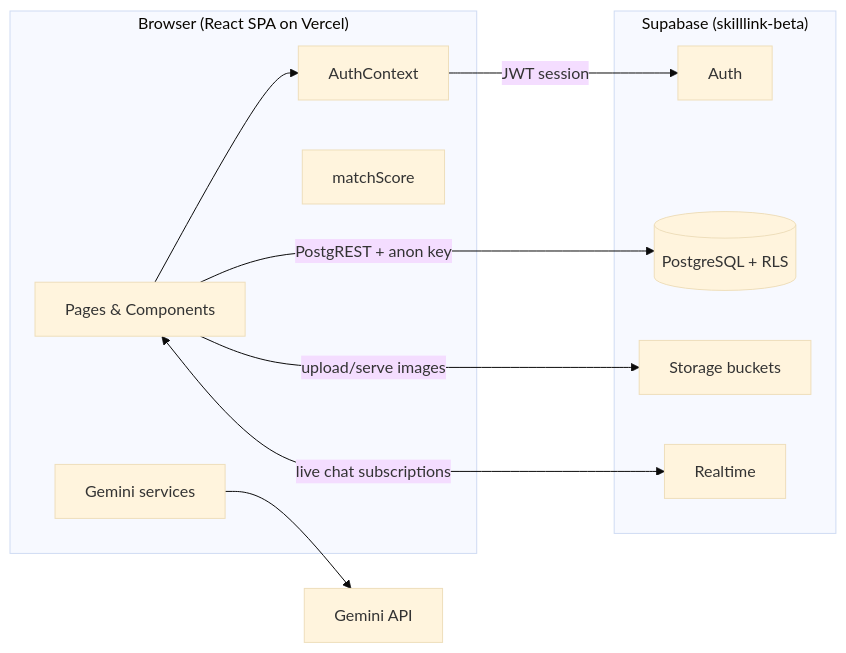
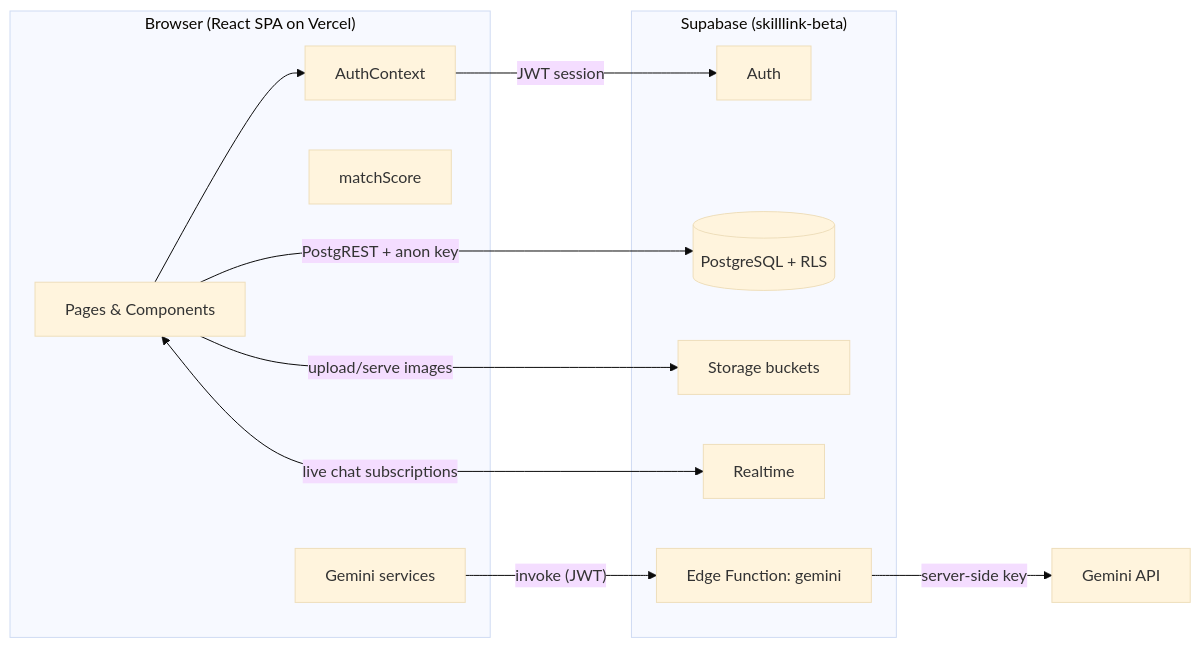
One commit to skilllinkacademy-blip/SkillLink- changed the first of 3 diagrams in docs/ARCHITECTURE.md. Above: the diagram before and after it, drawn with Mermaid (base theme). The commit also changed other lines of this file and 11 other files, not shown here.

First line of the commit message:
feat(security): move Gemini calls behind a server-side Edge Function

````diff
--- a/docs/ARCHITECTURE.md
+++ b/docs/ARCHITECTURE.md
@@ -11,25 +11,27 @@
 ```mermaid
 flowchart LR
     subgraph Client["Browser (React SPA on Vercel)"]
         UI[Pages & Components]
         AC[AuthContext]
         MS[matchScore]
         GS[Gemini services]
     end
 
     subgraph Supabase["Supabase (skilllink-beta)"]
         AUTH[Auth]
         PG[(PostgreSQL + RLS)]
         ST[Storage buckets]
         RT[Realtime]
+        EF[Edge Function: gemini]
     end
 
     GEM[Gemini API]
 
     UI --> AC
     AC -->|"JWT session"| AUTH
     UI -->|"PostgREST + anon key"| PG
     UI -->|"upload/serve images"| ST
     UI <-->|"live chat subscriptions"| RT
-    GS --> GEM
+    GS -->|"invoke (JWT)"| EF
+    EF -->|"server-side key"| GEM
 ```
````
